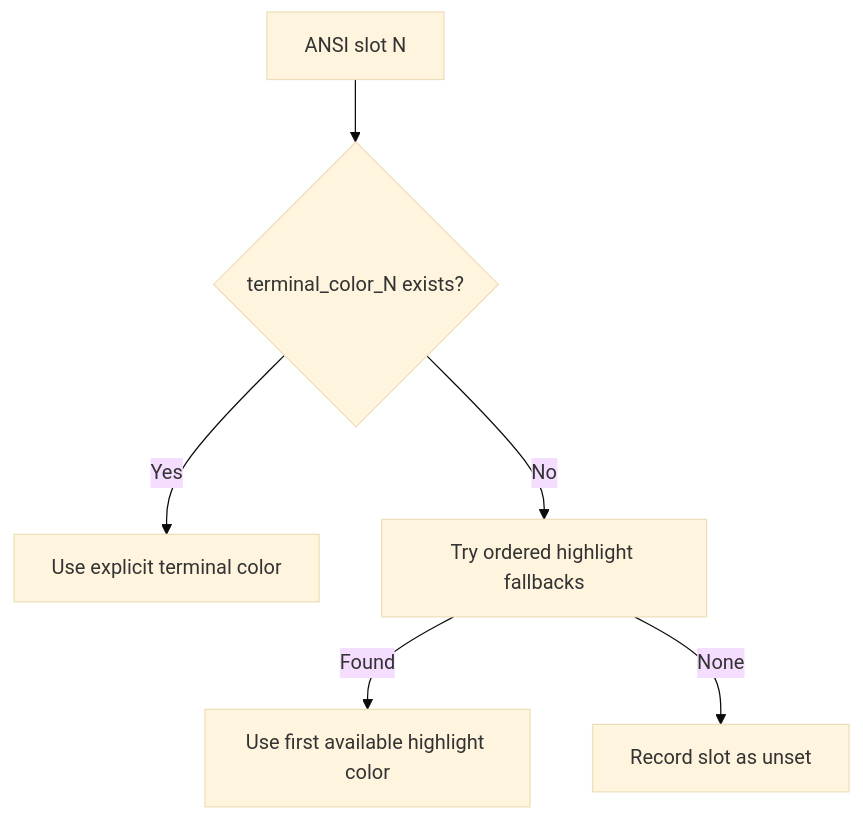
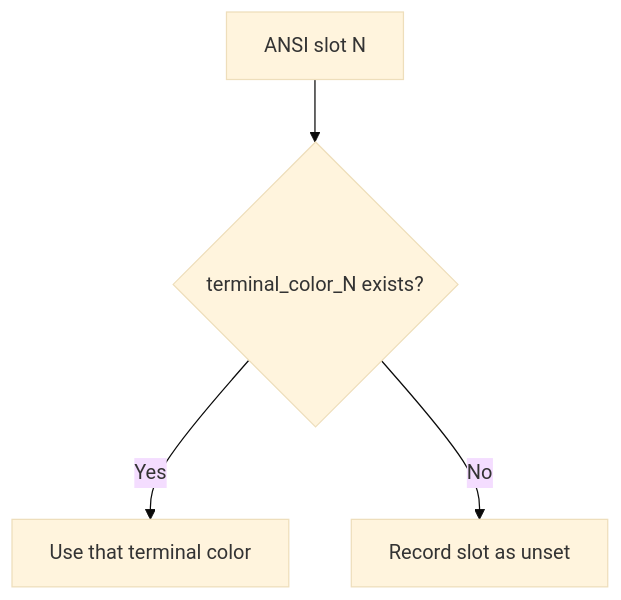
Before and after one commit to MiguelR90/colorsync.nvim: the fourth of 7 diagrams in docs/color-model.md, drawn with Mermaid (base theme). The commit also changed other lines of this file and 3 other files, not shown here.

````diff
--- a/docs/color-model.md
+++ b/docs/color-model.md
@@ -115,15 +113,11 @@
 ```mermaid
 flowchart TD
     slot["ANSI slot N"]
     globalCheck{"terminal_color_N exists?"}
-    explicit["Use explicit terminal color"]
-    fallbackCheck["Try ordered highlight fallbacks"]
-    inferred["Use first available highlight color"]
+    explicit["Use that terminal color"]
     unset["Record slot as unset"]
 
     slot --> globalCheck
     globalCheck -->|Yes| explicit
-    globalCheck -->|No| fallbackCheck
-    fallbackCheck -->|Found| inferred
-    fallbackCheck -->|None| unset
+    globalCheck -->|No| unset
 ```
````
